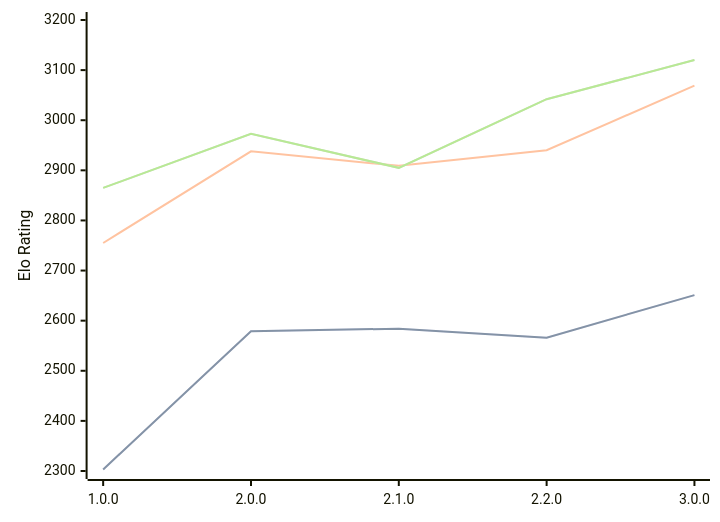
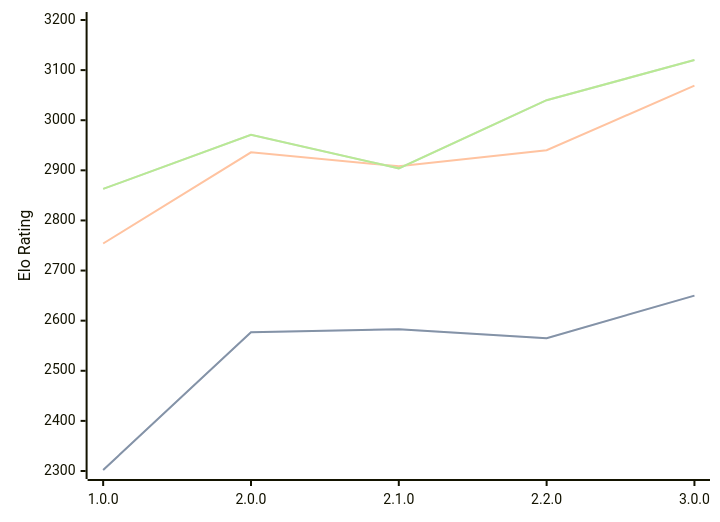
One commit to computer-chess-index/cci changed the third of 3 diagrams in engines/Catalyst.md. Above: the diagram before and after it, drawn with Mermaid. The commit also changed other lines of this file, not shown here.

Commit message:
Update CCI Ratings (ELO VLTC) - 2026-06-27

````diff
--- a/engines/Catalyst.md
+++ b/engines/Catalyst.md
@@ -68,11 +68,11 @@
 ```mermaid
 %%{init: {"theme":"base","themeVariables":{"seriesColors:['#a3a3a3','#222221','#faa371']}}}%%
 xychart-beta
   x-axis ["1.0.0", "2.0.0", "2.1.0", "2.2.0", "3.0.0"]
   y-axis "Elo Rating" 2300 --> 3200
-  line "STC (8.0+0.08s)" [2303, 2579, 2584, 2566, 2651]
-  line "STC (8.0+0.08s)" [2303, 2579, 2584, 2566, 2651]
-  line "LTC (60.0+0.60s)" [2755, 2938, 2909, 2940, 3069]
-  line "VLTC (2m24s+1.12s)" [2865, 2973, 2905, 3042, 3120]
-  line "VLTC (2m24s+1.12s)" [2865, 2973, 2905, 3042, 3120]
+  line "STC (8.0+0.08s)" [2302, 2577, 2583, 2565, 2650]
+  line "STC (8.0+0.08s)" [2302, 2577, 2583, 2565, 2650]
+  line "LTC (60.0+0.60s)" [2754, 2936, 2908, 2940, 3069]
+  line "VLTC (2m24s+1.12s)" [2863, 2971, 2904, 3040, 3120]
+  line "VLTC (2m24s+1.12s)" [2863, 2971, 2904, 3040, 3120]
 ```
````
